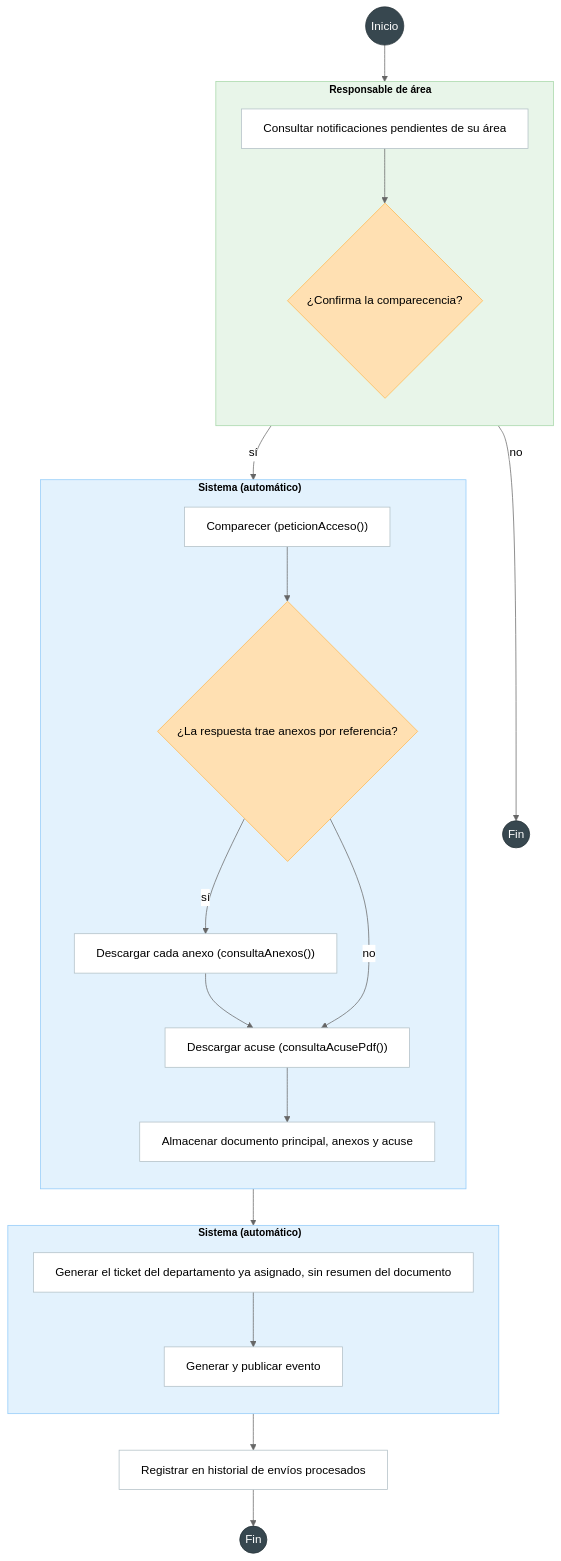
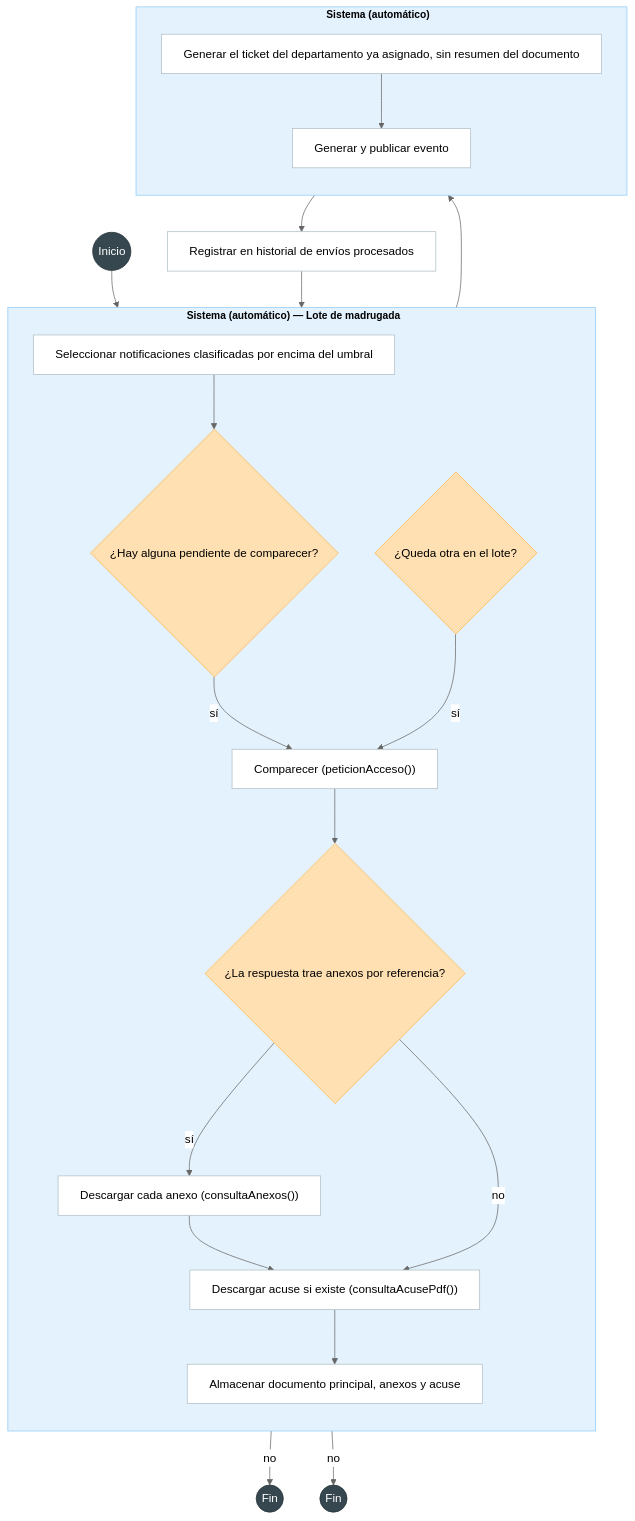
Before and after one commit to XIN917/TFM: the third of 6 diagrams in Diagramas/Diagramas_de_flujo.md, drawn with Mermaid (neutral theme). The commit also changed other lines of this file and 11 other files, not shown here.

````diff
--- a/Diagramas/Diagramas_de_flujo.md
+++ b/Diagramas/Diagramas_de_flujo.md
@@ -134,52 +134,48 @@
 ```mermaid
 %%{init: {"flowchart": {"wrappingWidth": 600}}}%%
 flowchart TD
-    start(("Inicio")) --> n1
+    start(("Inicio")) --> n0
 
-    subgraph RESP["Responsable de área"]
+    subgraph SIS["Sistema (automático) — Lote de madrugada"]
         direction TB
-        n1["Consultar notificaciones pendientes de su área"]
-        decConf{"¿Confirma la comparecencia?"}
-        n1 --> decConf
-    end
-
-    decConf -->|no| stopNo(("Fin"))
-    decConf -->|sí| n2
-
-    subgraph SIS["Sistema (automático)"]
-        direction TB
+        n0["Seleccionar notificaciones clasificadas por encima del umbral"]
+        decHay{"¿Hay alguna pendiente de comparecer?"}
         n2["Comparecer (peticionAcceso())"]
         decAnexos{"¿La respuesta trae anexos por referencia?"}
         nAnexos["Descargar cada anexo (consultaAnexos())"]
-        nAcuse["Descargar acuse (consultaAcusePdf())"]
+        nAcuse["Descargar acuse si existe (consultaAcusePdf())"]
         n3["Almacenar documento principal, anexos y acuse"]
+        decMas{"¿Queda otra en el lote?"}
 
-        n2 --> decAnexos
+        n0 --> decHay
+        decHay -->|sí| n2 --> decAnexos
         decAnexos -->|sí| nAnexos --> nAcuse
         decAnexos -->|no| nAcuse
         nAcuse --> n3
     end
 
+    decHay -->|no| stopNo(("Fin"))
     n3 --> b1
 
     subgraph SIS2["Sistema (automático)"]
         direction TB
         b1["Generar el ticket del departamento ya asignado, sin resumen del documento"]
         b2["Generar y publicar evento"]
         b1 --> b2
     end
 
-    b2 --> procReg["Registrar en historial de envíos procesados"] --> stop1(("Fin"))
+    b2 --> procReg["Registrar en historial de envíos procesados"] --> decMas
+    decMas -->|sí| n2
+    decMas -->|no| stop1(("Fin"))
 
-    style RESP fill:#E8F5E9,stroke:#A5D6A7,color:#000000,font-weight:bold,font-size:14px
     style SIS fill:#E3F2FD,stroke:#90CAF9,color:#000000,font-weight:bold,font-size:14px
     style SIS2 fill:#E3F2FD,stroke:#90CAF9,color:#000000,font-weight:bold,font-size:14px
 
     classDef process fill:#FFFFFF,stroke:#B0BEC5,color:#000000;
     classDef decision fill:#FFE0B2,stroke:#FFB74D,color:#000000;
     classDef terminal fill:#37474F,stroke:#263238,color:#ffffff;
 
-    class n1,n2,nAnexos,nAcuse,n3,b1,b2,procReg process
-    class decConf,decAnexos decision
+    class n0,n2,nAnexos,nAcuse,n3,b1,b2,procReg process
+    class decHay,decAnexos,decMas decision
     class start,stopNo,stop1 terminal
 ```
````
